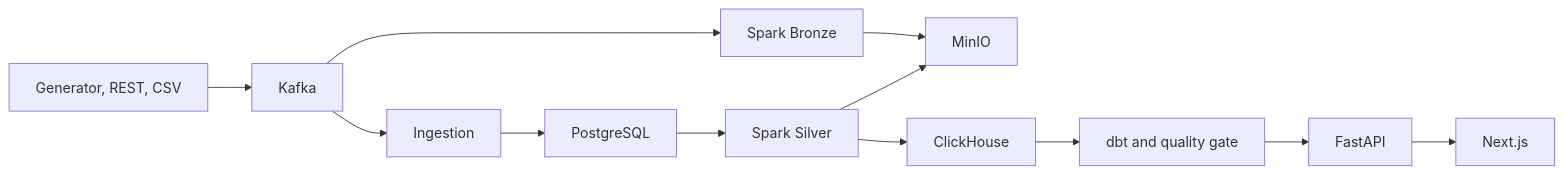
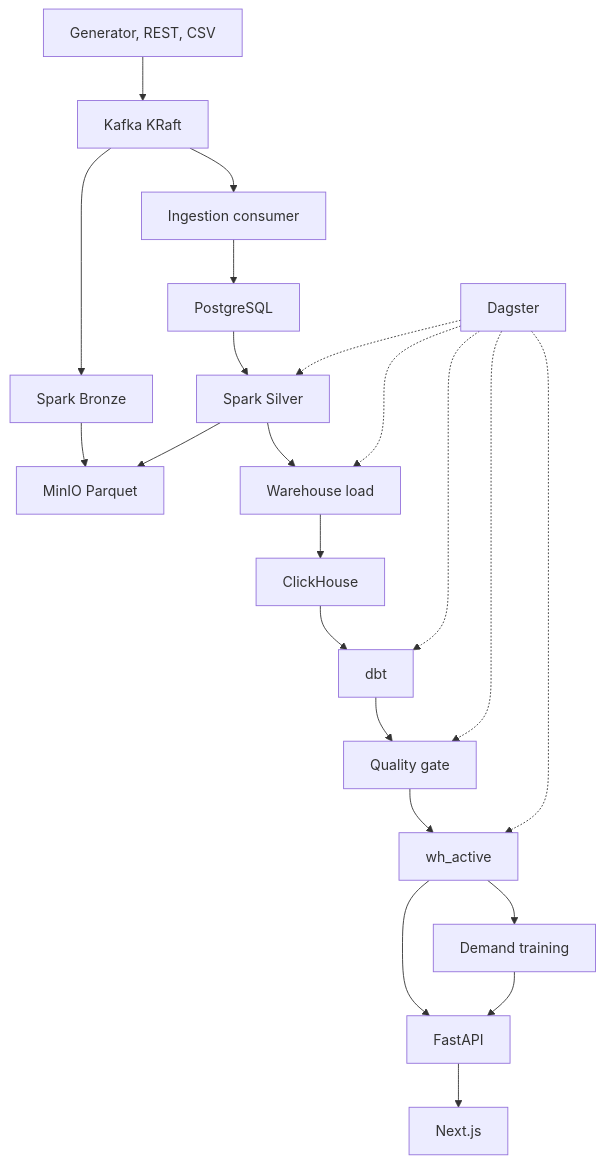
One commit to Ibrahem-Ali-99/TITAN changed the diagram in README.md. Above: the diagram before and after it, drawn with Mermaid. The commit also changed other lines of this file and 15 other files, not shown here.

````diff
--- a/README.md
+++ b/README.md
@@ -22,14 +30,24 @@
 ```mermaid
-flowchart LR
-  sources["Generator, REST, CSV"] --> kafka["Kafka"]
-  kafka --> ingest["Ingestion"]
+flowchart TB
+  sources["Generator, REST, CSV"] --> kafka["Kafka KRaft"]
+  kafka --> ingest["Ingestion consumer"]
   ingest --> pg["PostgreSQL"]
   kafka --> bronze["Spark Bronze"]
   pg --> silver["Spark Silver"]
-  bronze --> minio["MinIO"]
+  bronze --> minio["MinIO Parquet"]
   silver --> minio
-  silver --> ch["ClickHouse"]
-  ch --> dbt["dbt and quality gate"]
-  dbt --> api["FastAPI"]
+  silver --> load["Warehouse load"]
+  load --> ch["ClickHouse"]
+  ch --> dbt["dbt"]
+  dbt --> gate["Quality gate"]
+  gate --> active["wh_active"]
+  active --> api["FastAPI"]
   api --> web["Next.js"]
+  active --> ml["Demand training"]
+  ml --> api
+  dagster["Dagster"] -.-> silver
+  dagster -.-> load
+  dagster -.-> dbt
+  dagster -.-> gate
+  dagster -.-> active
 ```
````
